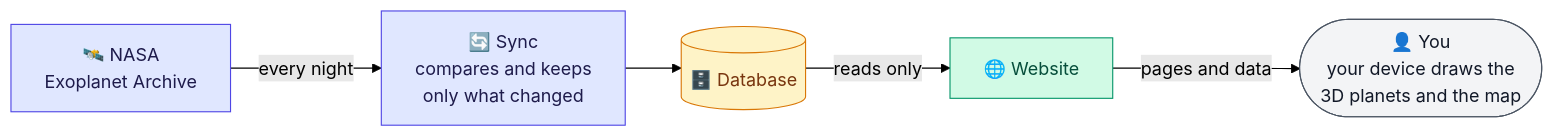
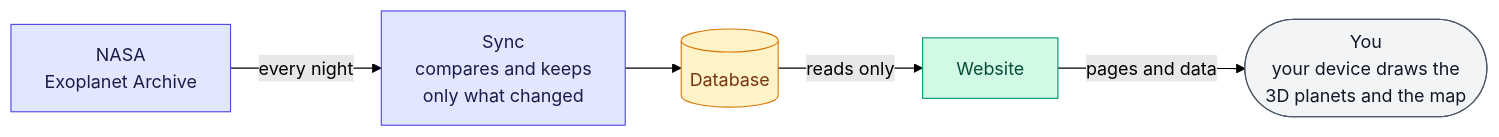
The first of 2 diagrams in README.md (tomdevtech/ExoAtlas), drawn with Mermaid (forest theme) before and after one commit. The commit also changed other lines of this file, not shown here.

Commit message:
Drop the emojis from the README diagrams

````diff
--- a/README.md
+++ b/README.md
@@ -108,13 +108,13 @@
 ```mermaid
 flowchart LR
-    NASA[🛰️ NASA<br>Exoplanet Archive]:::source -->|every night| Sync[🔄 Sync<br>compares and keeps<br>only what changed]:::job
-    Sync --> DB[(🗄️ Database)]:::db
-    DB -->|reads only| Site[🌐 Website]:::site
-    Site -->|pages and data| You([👤 You<br>your device draws the<br>3D planets and the map]):::you
+    NASA[NASA<br>Exoplanet Archive]:::source -->|every night| Sync[Sync<br>compares and keeps<br>only what changed]:::job
+    Sync --> DB[(Database)]:::db
+    DB -->|reads only| Site[Website]:::site
+    Site -->|pages and data| You([You<br>your device draws the<br>3D planets and the map]):::you
 
     classDef source fill:#e0e7ff,stroke:#4f46e5,color:#1e1b4b
     classDef job fill:#e0e7ff,stroke:#4f46e5,color:#1e1b4b
     classDef db fill:#fef3c7,stroke:#d97706,color:#78350f
     classDef site fill:#d1fae5,stroke:#059669,color:#064e3b
     classDef you fill:#f3f4f6,stroke:#4b5563,color:#111827
 ```
````
